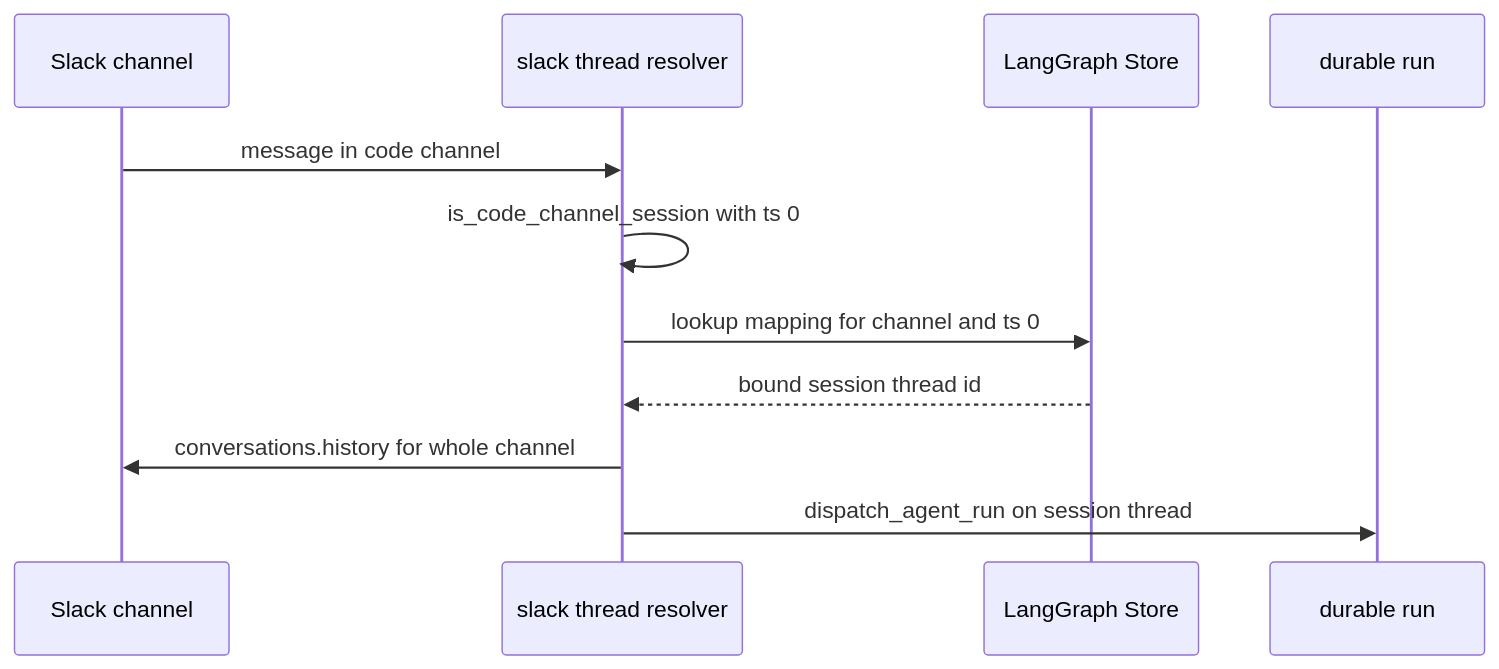
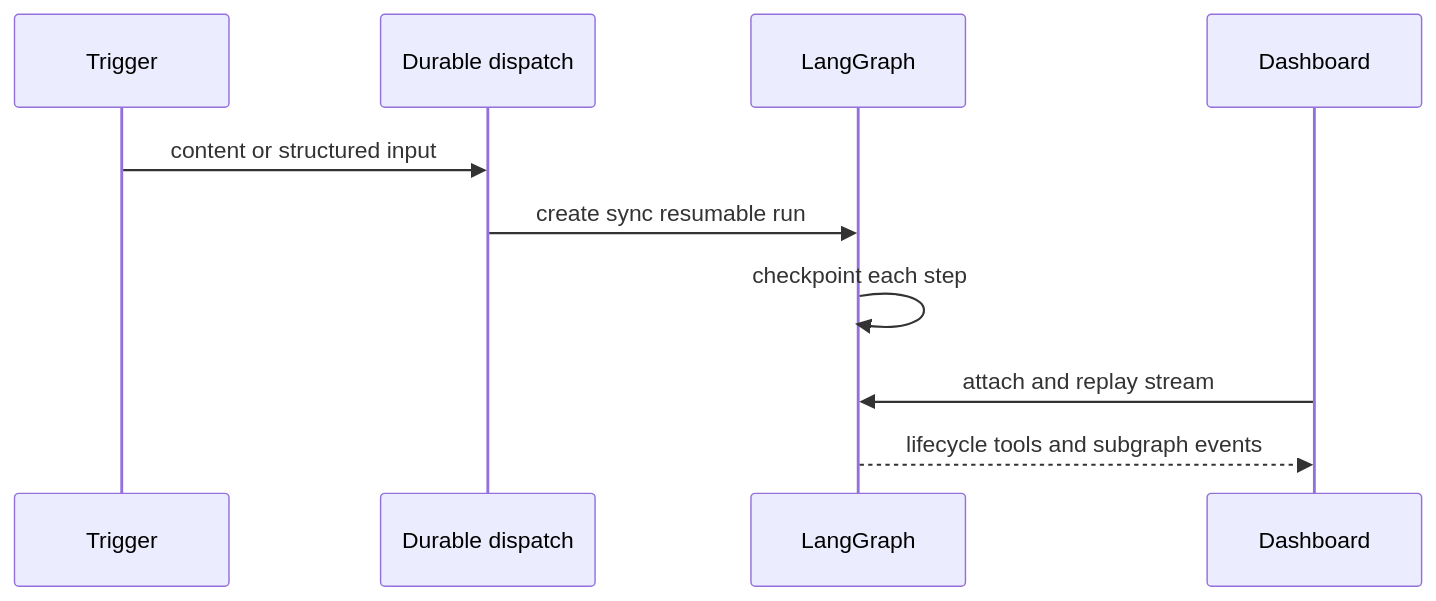
The second of 2 diagrams in openwiki/concepts/threads-and-state.md (langchain-ai/open-swe), drawn with Mermaid before and after one commit. The commit also changed other lines of this file and 52 other files, not shown here.

````diff
--- a/openwiki/concepts/threads-and-state.md
+++ b/openwiki/concepts/threads-and-state.md
@@ -278,14 +114,12 @@
 ```mermaid
 sequenceDiagram
-  participant Slack as Slack channel
-  participant Resolver as slack thread resolver
-  participant Store as LangGraph Store
-  participant Run as durable run
-
-  Slack->>Resolver: message in code channel
-  Resolver->>Resolver: is_code_channel_session with ts 0
-  Resolver->>Store: lookup mapping for channel and ts 0
-  Store-->>Resolver: bound session thread id
-  Resolver->>Slack: conversations.history for whole channel
-  Resolver->>Run: dispatch_agent_run on session thread
+  participant Trigger as Trigger
+  participant Dispatch as Durable dispatch
+  participant Graph as LangGraph
+  participant Dash as Dashboard
+  Trigger->>Dispatch: content or structured input
+  Dispatch->>Graph: create sync resumable run
+  Graph->>Graph: checkpoint each step
+  Dash->>Graph: attach and replay stream
+  Graph-->>Dash: lifecycle tools and subgraph events
 ```
````
